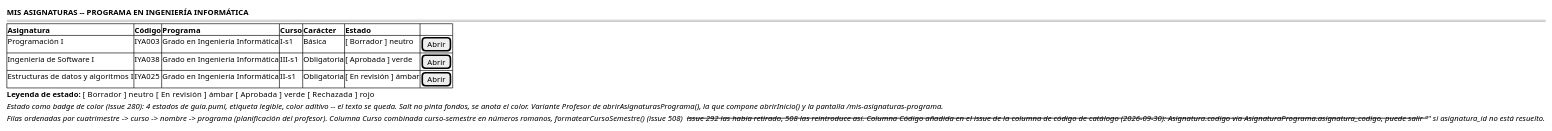
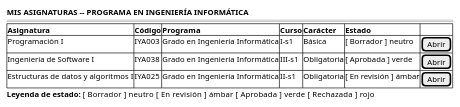
One commit to mmasias/pyCeldaPublico changed the second of 2 diagrams in RUP/01-requisitos/03-detalle-casos-uso/abrirAsignaturasPrograma/wireframes.puml. Above: the diagram before and after it, drawn with PlantUML. The commit also changed other lines of this file and 58 other files, not shown here.

First line of the commit message:
docs: diagramas de requisitos sin notas internas y manual de Cursos académicos y Auditoría (pyCelda 5dcbdc66)

```diff
--- a/RUP/01-requisitos/03-detalle-casos-uso/abrirAsignaturasPrograma/wireframes.puml
+++ b/RUP/01-requisitos/03-detalle-casos-uso/abrirAsignaturasPrograma/wireframes.puml
@@ -19,16 +17,14 @@
 @startsalt abrirAsignaturasPrograma-wireframe-porProfesor
 {
     <b>MIS ASIGNATURAS -- PROGRAMA EN INGENIERÍA INFORMÁTICA</b>
     ====
     {#
     <b>Asignatura                          | <b>Código | <b>Programa                          | <b>Curso |<b>Carácter |<b>Estado| .
     Programación I                         | IYA003 | Grado en Ingeniería Informática    | I-s1 | Básica |[ Borrador ] neutro| [Abrir]
     Ingeniería de Software I               | IYA038 | Grado en Ingeniería Informática    | III-s1 | Obligatoria |[ Aprobada ] verde| [Abrir]
     Estructuras de datos y algoritmos I    | IYA025 | Grado en Ingeniería Informática    | II-s1 | Obligatoria |[ En revisión ] ámbar| [Abrir]
 
     }
     <b>Leyenda de estado:</b> [ Borrador ] neutro   [ En revisión ] ámbar   [ Aprobada ] verde   [ Rechazada ] rojo
-    <i>Estado como badge de color (issue 280): 4 estados de guia.puml, etiqueta legible, color aditivo -- el texto se queda. Salt no pinta fondos, se anota el color. Variante Profesor de abrirAsignaturasPrograma(), la que compone abrirInicio() y la pantalla /mis-asignaturas-programa.</i>
-    <i>Filas ordenadas por cuatrimestre -> curso -> nombre -> programa (planificación del profesor). Columna Curso combinada curso-semestre en números romanos, formatearCursoSemestre() (issue 508) -- issue 292 las había retirado, 508 las reintroduce así. Columna Código añadida en el issue de la columna de código de catálogo (2026-09-30): Asignatura.codigo vía AsignaturaPrograma.asignatura_codigo, puede salir "--" si asignatura_id no está resuelto.</i>
 }
 @endsalt
```
